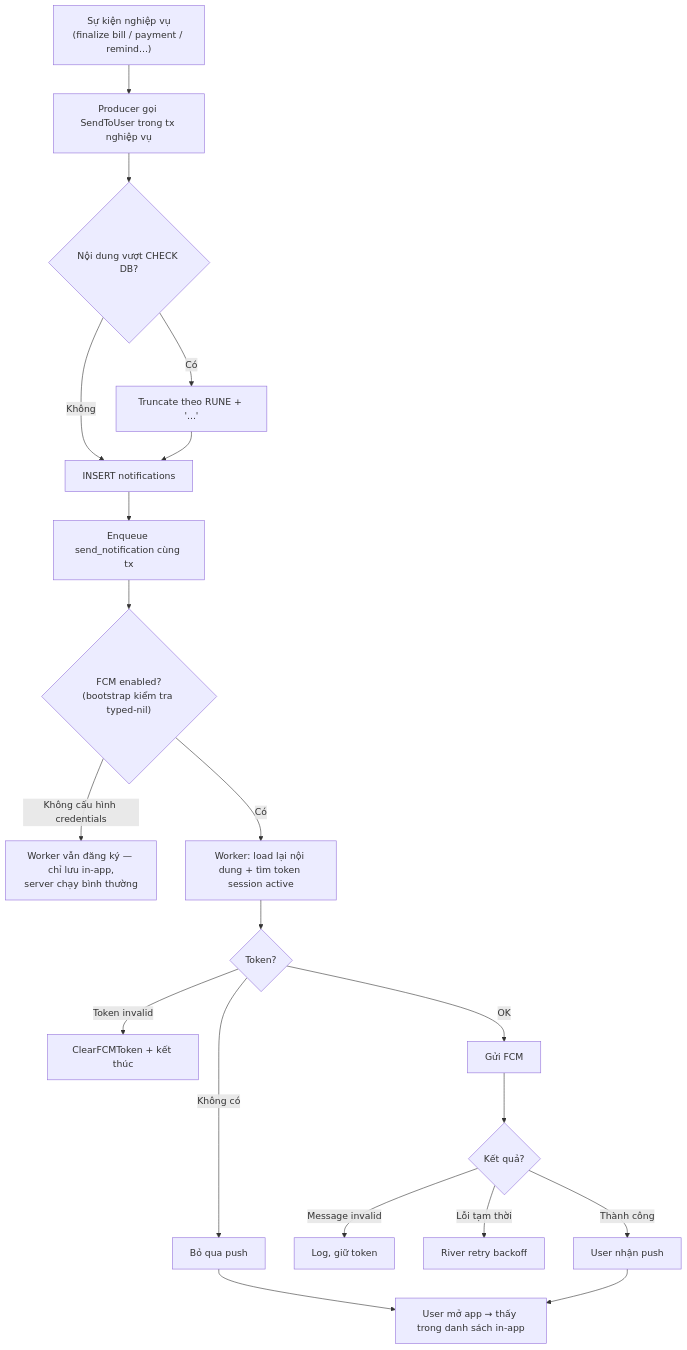
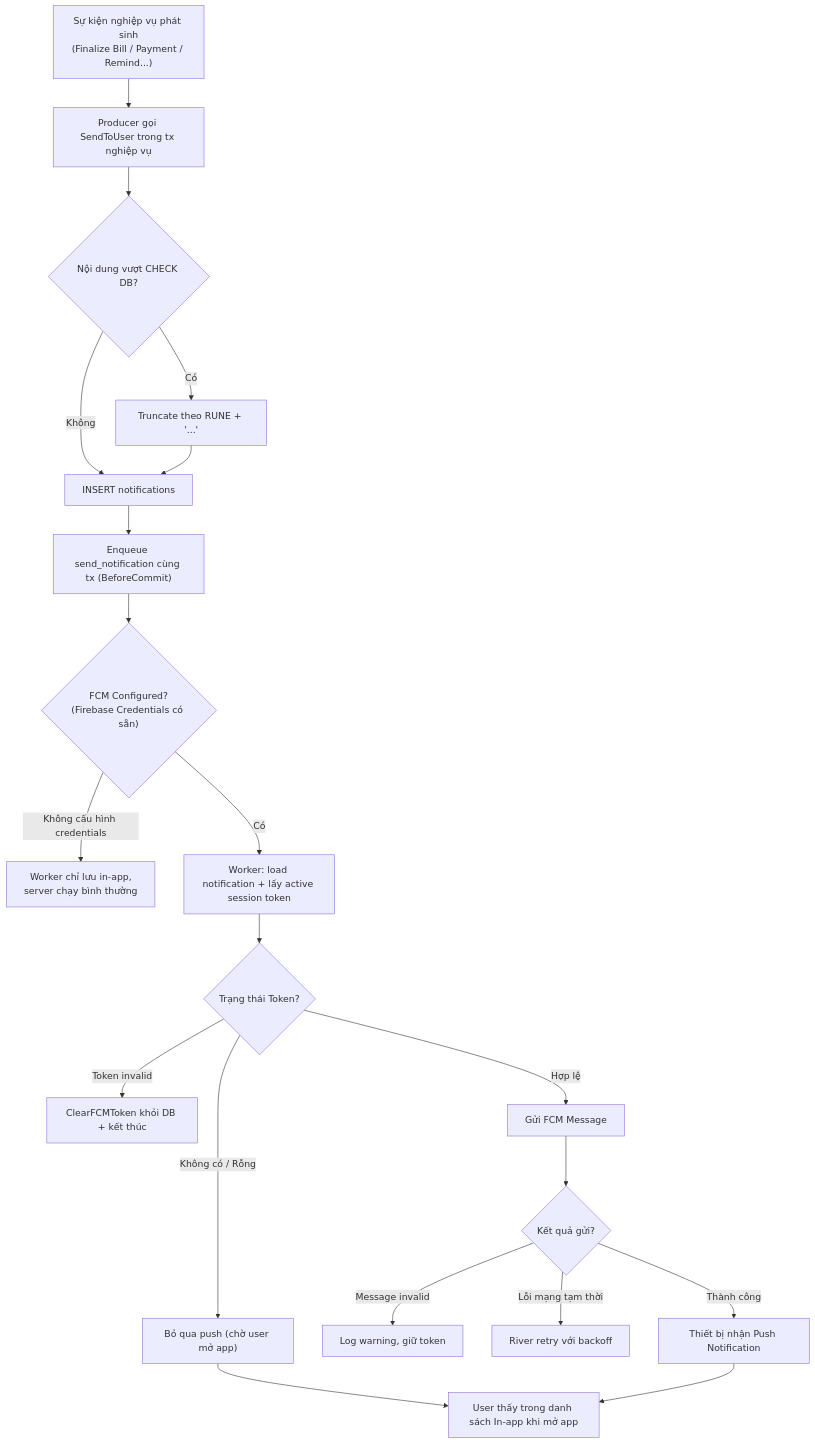
One commit to FintechVSF-Tranning/PaySplit-RP changed the fourth of 5 diagrams in flow/05-notification.md. Above: the diagram before and after it, drawn with Mermaid. The commit also changed other lines of this file and 3 other files, not shown here.

````diff
--- a/flow/05-notification.md
+++ b/flow/05-notification.md
@@ -137,22 +159,22 @@
 ```mermaid
 flowchart TD
-    A["Sự kiện nghiệp vụ<br/>(finalize bill / payment / remind...)"] --> B["Producer gọi SendToUser trong tx nghiệp vụ"]
+    A["Sự kiện nghiệp vụ phát sinh<br/>(Finalize Bill / Payment / Remind...)"] --> B["Producer gọi SendToUser trong tx nghiệp vụ"]
     B --> C{"Nội dung vượt CHECK DB?"}
     C -->|"Có"| D["Truncate theo RUNE + '...'"]
     C -->|"Không"| E["INSERT notifications"]
     D --> E
-    E --> F["Enqueue send_notification cùng tx"]
-    F --> G{"FCM enabled?<br/>(bootstrap kiểm tra typed-nil)"}
-    G -->|"Không cấu hình credentials"| H["Worker vẫn đăng ký — chỉ lưu in-app,<br/>server chạy bình thường"]
-    G -->|"Có"| I["Worker: load lại nội dung + tìm token session active"]
-    I --> J{"Token?"}
-    J -->|"Không có"| K["Bỏ qua push"]
-    J -->|"Token invalid"| L["ClearFCMToken + kết thúc"]
-    J -->|"OK"| M["Gửi FCM"]
-    M --> N{"Kết quả?"}
-    N -->|"Message invalid"| O["Log, giữ token"]
-    N -->|"Lỗi tạm thời"| P["River retry backoff"]
-    N -->|"Thành công"| Q["User nhận push"]
-    K --> R["User mở app → thấy trong danh sách in-app"]
+    E --> F["Enqueue send_notification cùng tx (BeforeCommit)"]
+    F --> G{"FCM Configured?<br/>(Firebase Credentials có sẵn)"}
+    G -->|"Không cấu hình credentials"| H["Worker chỉ lưu in-app,<br/>server chạy bình thường"]
+    G -->|"Có"| I["Worker: load notification + lấy active session token"]
+    I --> J{"Trạng thái Token?"}
+    J -->|"Không có / Rỗng"| K["Bỏ qua push (chờ user mở app)"]
+    J -->|"Token invalid"| L["ClearFCMToken khỏi DB + kết thúc"]
+    J -->|"Hợp lệ"| M["Gửi FCM Message"]
+    M --> N{"Kết quả gửi?"}
+    N -->|"Message invalid"| O["Log warning, giữ token"]
+    N -->|"Lỗi mạng tạm thời"| P["River retry với backoff"]
+    N -->|"Thành công"| Q["Thiết bị nhận Push Notification"]
+    K --> R["User thấy trong danh sách In-app khi mở app"]
     Q --> R
 ```
````
